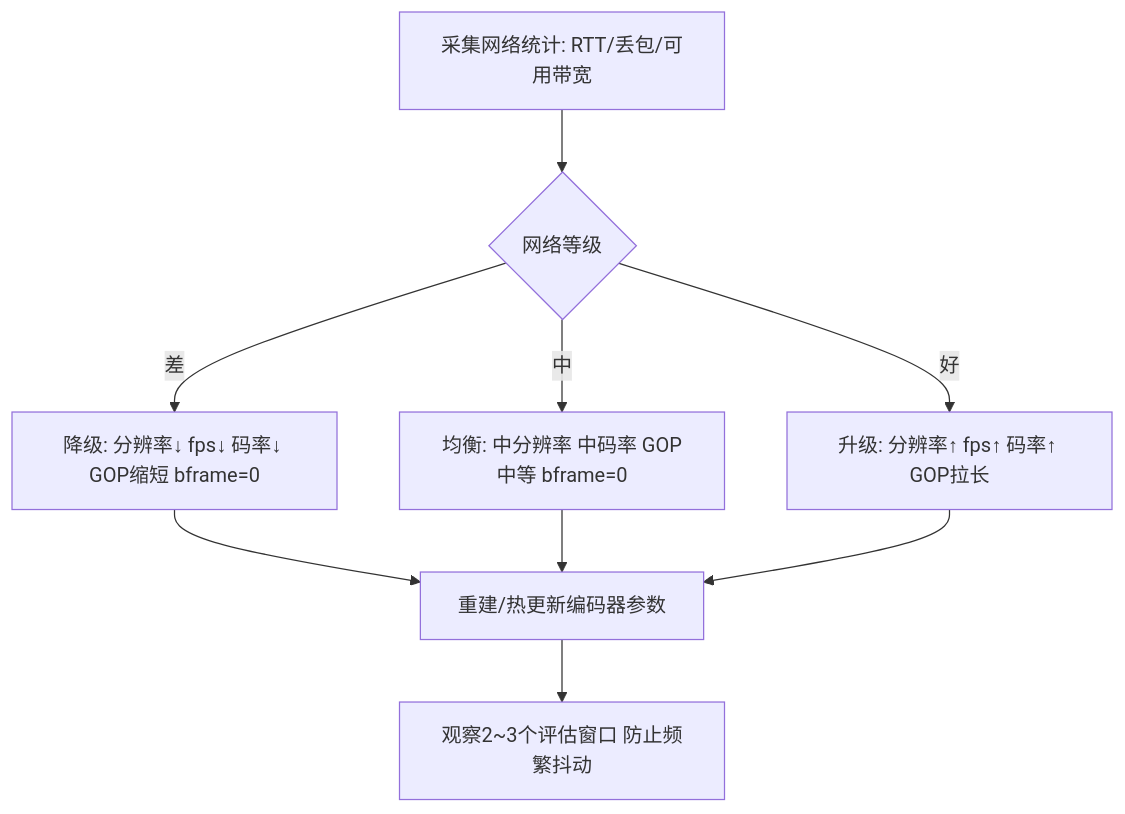
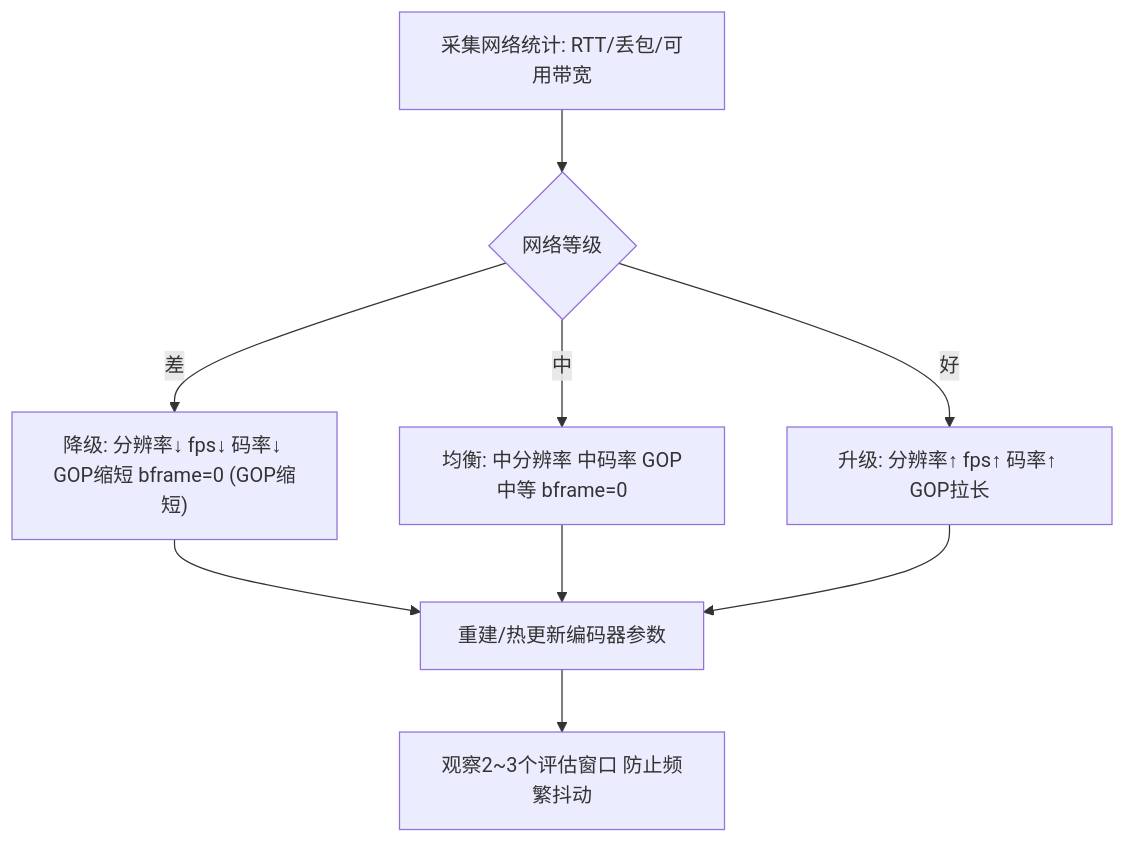
Before and after one commit to nangong918/code-ability: the sixth of 15 diagrams in Knowledge/Media/Media.md, drawn with Mermaid. The commit also changed other lines of this file, not shown here.

````diff
--- a/Knowledge/Media/Media.md
+++ b/Knowledge/Media/Media.md
@@ -1246,11 +1346,11 @@
 ```mermaid
 flowchart TD
     A[采集网络统计: RTT/丢包/可用带宽] --> B{网络等级}
-    B -->|差| C["降级: 分辨率↓ fps↓ 码率↓ GOP缩短 bframe=0"]
+    B -->|差| C["降级: 分辨率↓ fps↓ 码率↓ GOP缩短 bframe=0 (GOP缩短)"]
     B -->|中| D[均衡: 中分辨率 中码率 GOP中等 bframe=0]
     B -->|好| E["升级: 分辨率↑ fps↑ 码率↑ GOP拉长"]
     C --> F[重建/热更新编码器参数]
     D --> F
     E --> F
     F --> G["观察2~3个评估窗口 防止频繁抖动"]
 ```
````
